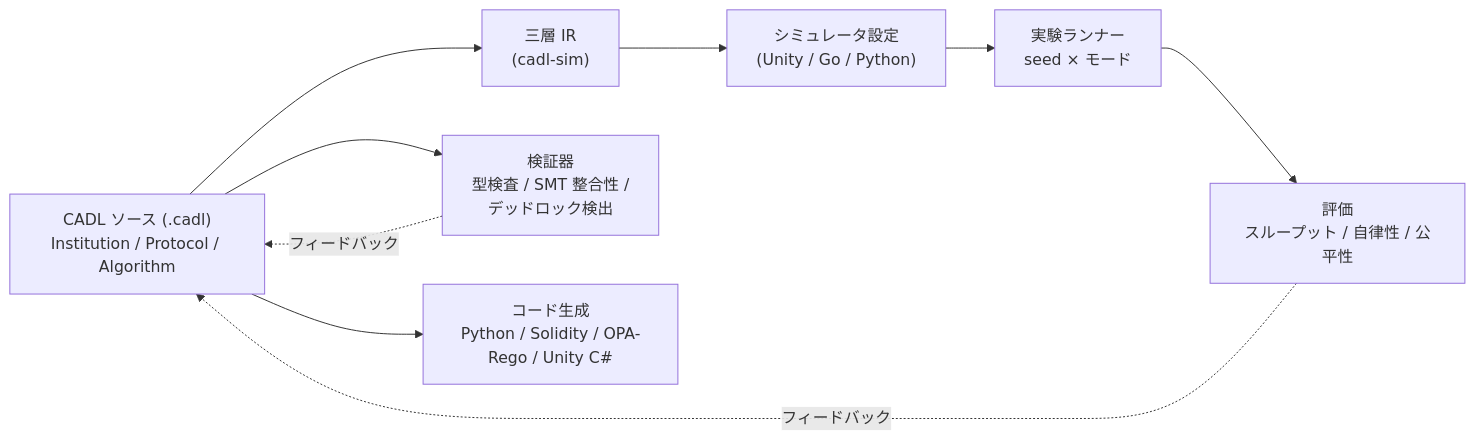
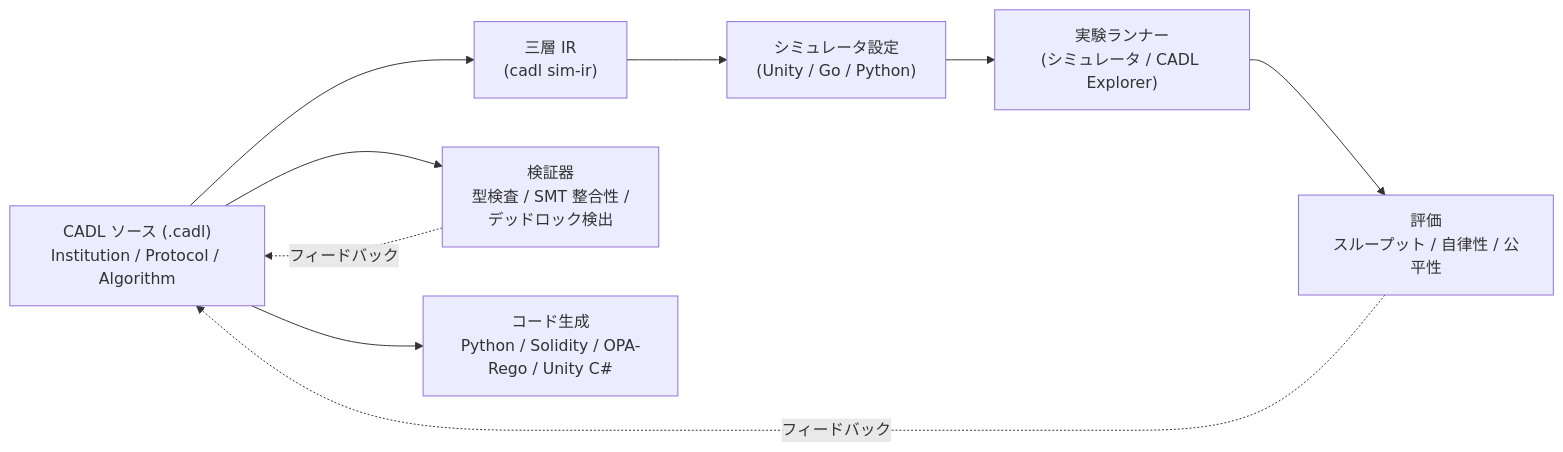
One commit to ertlnagoya/cadl-spec changed the diagram in i18n/ja/docusaurus-plugin-content-docs/current/spec/intro.md. Above: the diagram before and after it, drawn with Mermaid. The commit also changed other lines of this file and 39 other files, not shown here.

````diff
--- a/i18n/ja/docusaurus-plugin-content-docs/current/spec/intro.md
+++ b/i18n/ja/docusaurus-plugin-content-docs/current/spec/intro.md
@@ -30,19 +32,19 @@
 ```mermaid
 flowchart LR
     SRC["CADL ソース (.cadl)<br/>Institution / Protocol / Algorithm"]
-    IR["三層 IR<br/>(cadl-sim)"]
+    IR["三層 IR<br/>(cadl sim-ir)"]
     VER["検証器<br/>型検査 / SMT 整合性 /<br/>デッドロック検出"]
     CFG["シミュレータ設定<br/>(Unity / Go / Python)"]
     CODE["コード生成<br/>Python / Solidity / OPA-Rego / Unity C#"]
-    EXP["実験ランナー<br/>seed × モード"]
+    EXP["実験ランナー<br/>(シミュレータ / CADL Explorer)"]
     EVAL["評価<br/>スループット / 自律性 / 公平性"]
 
     SRC --> VER
     SRC --> CODE
     SRC --> IR
     IR --> CFG
     CFG --> EXP
     EXP --> EVAL
     VER -. フィードバック .-> SRC
     EVAL -. フィードバック .-> SRC
 ```
````
